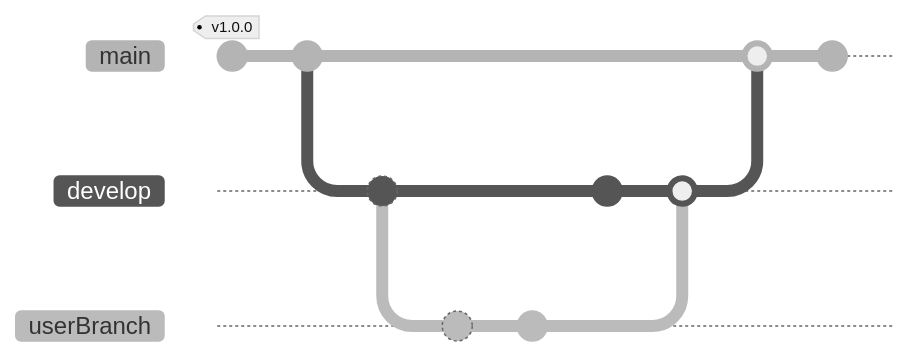
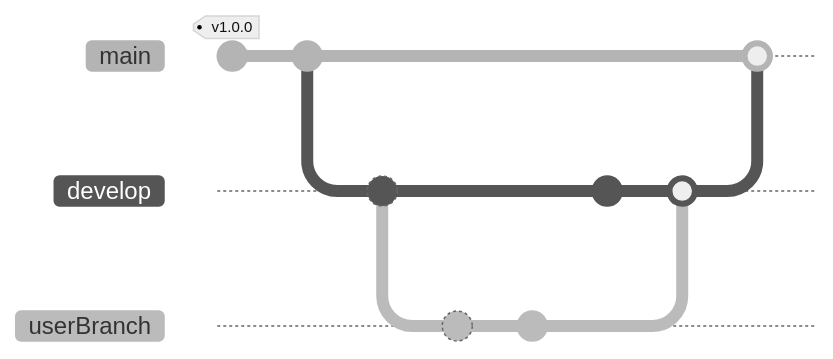
One commit to TheNefelin/BootcApp changed the second of 2 diagrams in README.md. Above: the diagram before and after it, drawn with Mermaid (neutral theme). Commit ids are hidden.

Commit message:
Security in Grade List

````diff
--- a/README.md
+++ b/README.md
@@ -26,18 +26,17 @@
 ```mermaid
 gitGraph
     commit id: "init" tag: "v1.0.0"
     commit
     branch develop
     checkout develop
     commit id: "new develop branch"
     branch userBranch
     checkout userBranch
     commit id: "new user branch"
     commit id: "new modify"
     checkout develop
     commit id: "other modify"
     merge userBranch
     checkout main
     merge develop
-    commit id: "other merge"    
 ```
````
